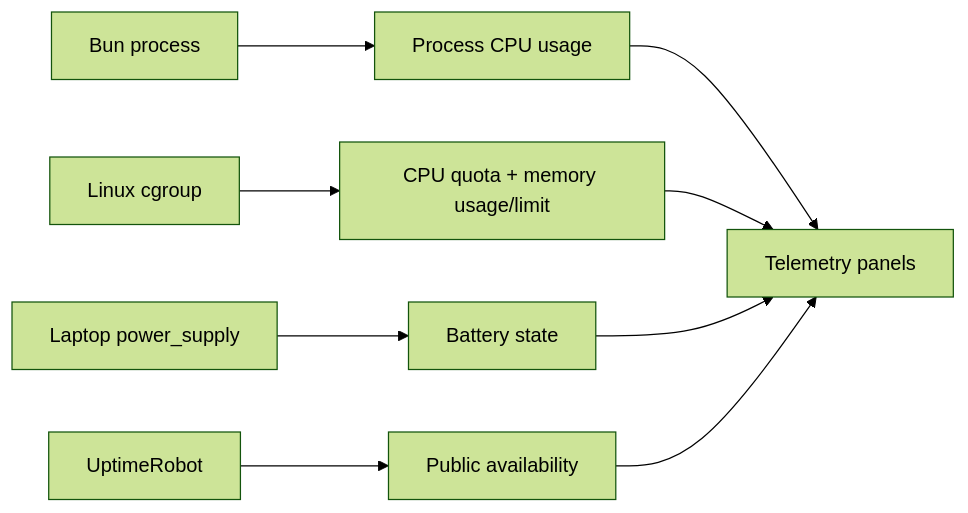
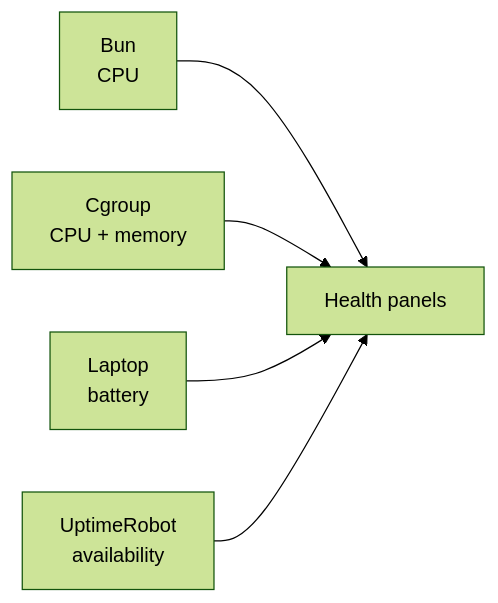
One commit to ErickCReis/ErickCReis changed the diagram in web/content/blog/health-telemetry-from-the-real-runtime.mdx. Above: the diagram before and after it, drawn with Mermaid (forest theme). The commit also changed 21 other files, not shown here.

First line of the commit message:
Improve Mermaid diagram readability across blog posts

````diff
--- a/web/content/blog/health-telemetry-from-the-real-runtime.mdx
+++ b/web/content/blog/health-telemetry-from-the-real-runtime.mdx
@@ -16,11 +16,7 @@
 ```mermaid center
 flowchart LR
-  Process["Bun process"] --> CPU["Process CPU usage"]
-  Cgroup["Linux cgroup"] --> Limits["CPU quota + memory usage/limit"]
-  Host["Laptop power_supply"] --> Battery["Battery state"]
-  Outside["UptimeRobot"] --> Availability["Public availability"]
-  CPU --> Panels["Telemetry panels"]
-  Limits --> Panels
-  Battery --> Panels
-  Availability --> Panels
+  Process["Bun<br/>CPU"] --> Panels["Health panels"]
+  Cgroup["Cgroup<br/>CPU + memory"] --> Panels
+  Host["Laptop<br/>battery"] --> Panels
+  Outside["UptimeRobot<br/>availability"] --> Panels
 ```
````
